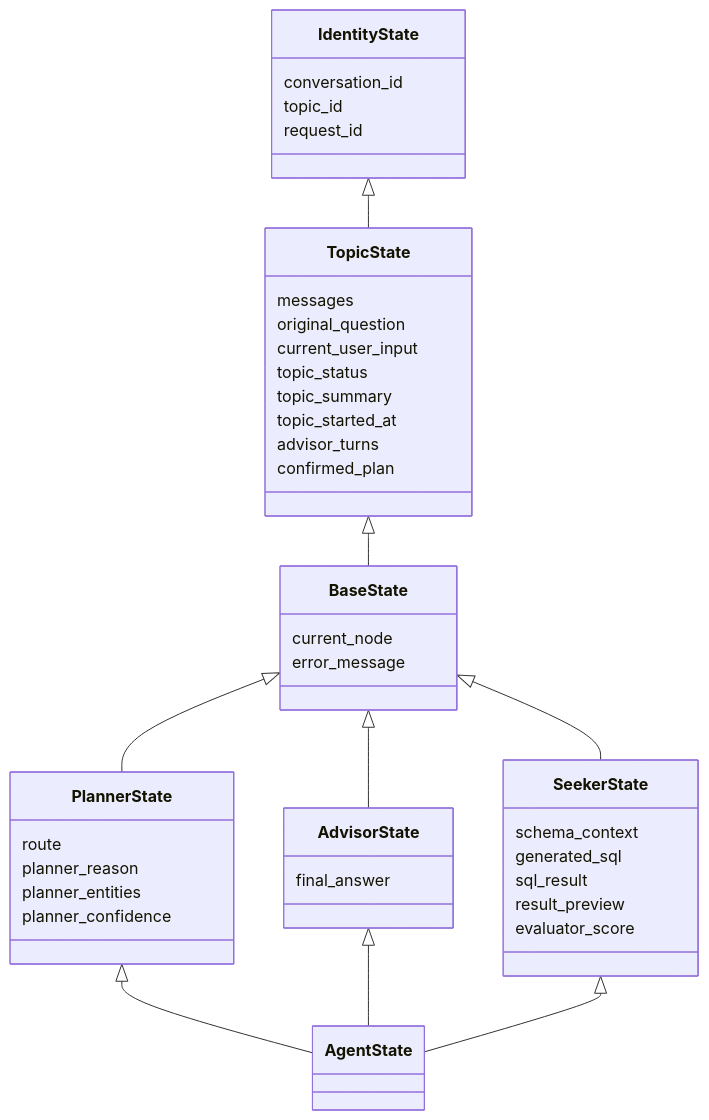
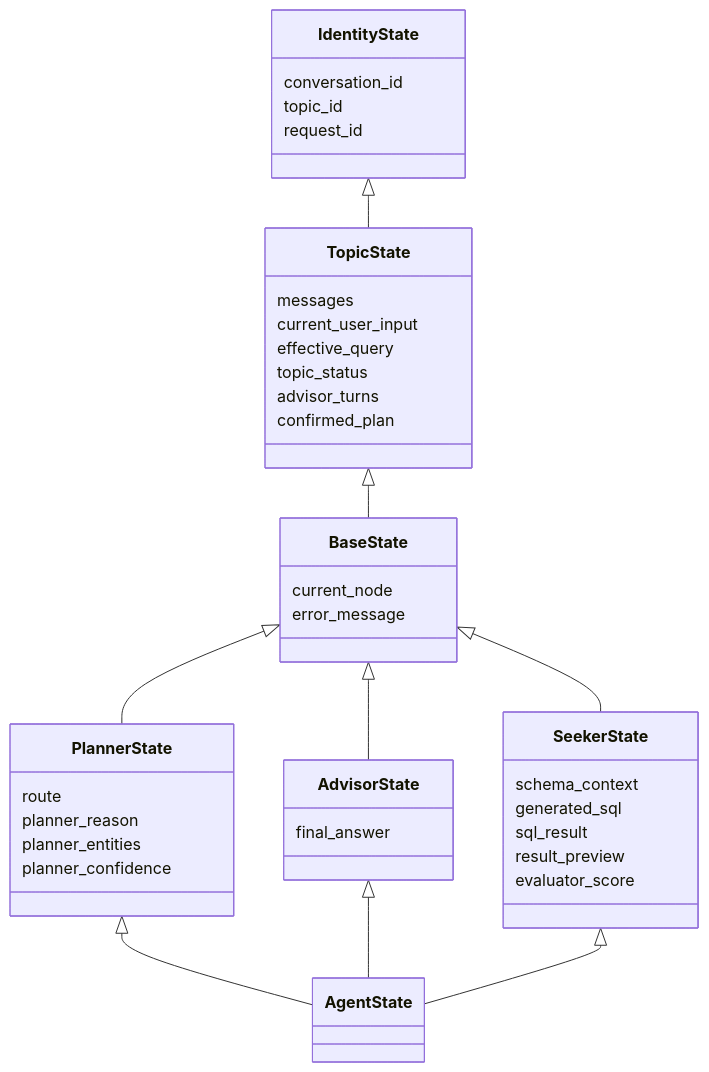
Before and after one commit to 18336621007/warehouseAgent: the second of 5 diagrams in docs/架构/State与记忆系统架构.md, drawn with Mermaid. The commit also changed other lines of this file and 26 other files, not shown here.

````diff
--- a/docs/架构/State与记忆系统架构.md
+++ b/docs/架构/State与记忆系统架构.md
@@ -72,48 +70,46 @@
 ```mermaid
 classDiagram
     class IdentityState {
         conversation_id
         topic_id
         request_id
     }
     class TopicState {
         messages
-        original_question
         current_user_input
+        effective_query
         topic_status
-        topic_summary
-        topic_started_at
         advisor_turns
         confirmed_plan
     }
     class BaseState {
         current_node
         error_message
     }
     class PlannerState {
         route
         planner_reason
         planner_entities
         planner_confidence
     }
     class AdvisorState {
         final_answer
     }
     class SeekerState {
         schema_context
         generated_sql
         sql_result
         result_preview
         evaluator_score
     }
     class AgentState
 
     IdentityState <|-- TopicState
     TopicState <|-- BaseState
     BaseState <|-- PlannerState
     BaseState <|-- AdvisorState
     BaseState <|-- SeekerState
     PlannerState <|-- AgentState
     AdvisorState <|-- AgentState
     SeekerState <|-- AgentState
 ```
````
